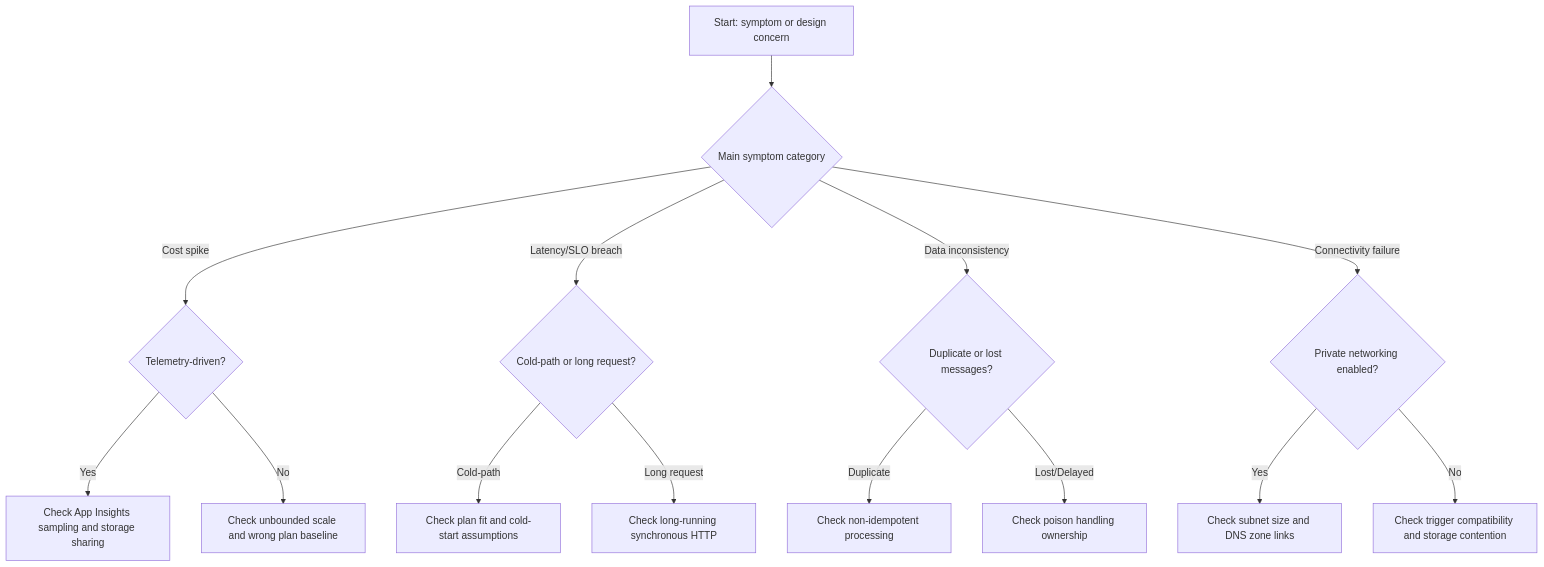
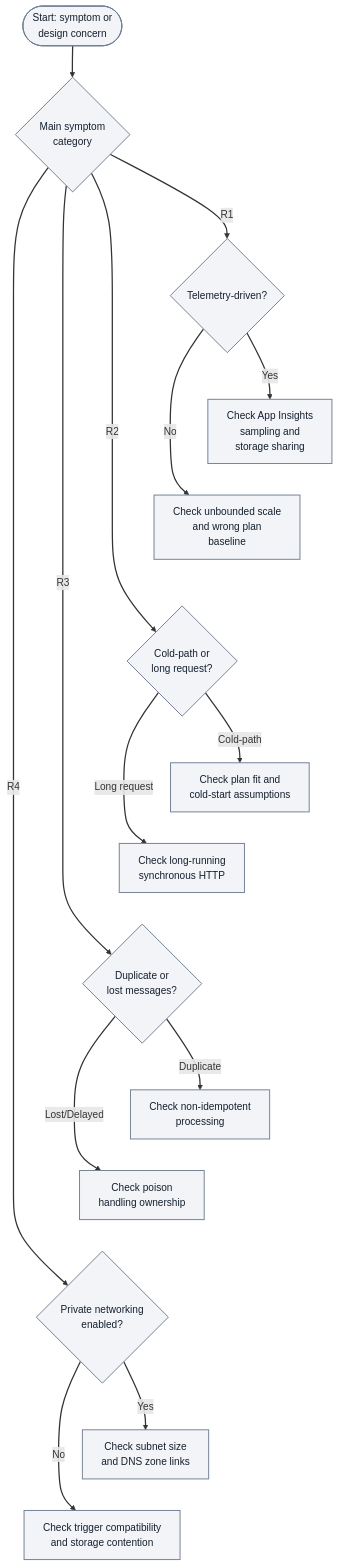
Before and after one commit to yeongseon/azure-functions-practical-guide: the second of 2 diagrams in docs/best-practices/common-anti-patterns.md, drawn with Mermaid. The commit also changed other lines of this file and 1 other file, not shown here.

Commit message:
docs(diagrams): migrate Functions best-practices common-anti-patterns.md diagrams — common anti patterns (#459)
docs(diagrams): improve common anti-pattern review flow

Preserve all review branches with a narrow layout and adjacent category key.
Keep the readable failure chain with accessible metadata and refresh only owned records.

Refs #282

````diff
--- a/docs/best-practices/common-anti-patterns.md
+++ b/docs/best-practices/common-anti-patterns.md
@@ -82,16 +84,30 @@
 ```mermaid
+%%{init: {'flowchart': {'nodeSpacing': 35}}}%%
 flowchart TD
-    A[Start: symptom or design concern] --> B{Main symptom category}
-    B -->|Cost spike| C{Telemetry-driven?}
-    C -->|Yes| C1[Check App Insights sampling and storage sharing]
-    C -->|No| C2[Check unbounded scale and wrong plan baseline]
-    B -->|"Latency/SLO breach"| D{Cold-path or long request?}
-    D -->|Cold-path| D1[Check plan fit and cold-start assumptions]
-    D -->|Long request| D2[Check long-running synchronous HTTP]
-    B -->|Data inconsistency| E{Duplicate or lost messages?}
-    E -->|Duplicate| E1[Check non-idempotent processing]
-    E -->|"Lost/Delayed"| E2[Check poison handling ownership]
-    B -->|Connectivity failure| F{Private networking enabled?}
-    F -->|Yes| F1[Check subnet size and DNS zone links]
-    F -->|No| F2[Check trigger compatibility and storage contention]
+    accTitle: Azure Functions anti-pattern review routing
+    accDescr: Suggested review checks, not confirmed causes or an exhaustive classifier. Cost spike branches on telemetry-driven: Yes checks App Insights sampling and storage sharing; No checks unbounded scale and wrong plan baseline. Latency or SLO breach branches to cold-path plan-fit and cold-start checks or long-running synchronous HTTP checks. Data inconsistency branches to duplicate non-idempotent processing checks or lost and delayed poison handling ownership checks. Connectivity failure branches on private networking: Yes checks subnet size and DNS zone links; No checks trigger compatibility and storage contention.
+    A(["Start: symptom or<br/>design concern"]) --> B{"Main symptom<br/>category"}
+    B -->|R1| C{"Telemetry-driven?"}
+    C -->|Yes| C1["Check App Insights<br/>sampling and<br/>storage sharing"]
+    C -->|No| C2["Check unbounded scale<br/>and wrong plan<br/>baseline"]
+    B -->|R2| D{"Cold-path or<br/>long request?"}
+    D -->|Cold-path| D1["Check plan fit and<br/>cold-start assumptions"]
+    D -->|Long request| D2["Check long-running<br/>synchronous HTTP"]
+    B -->|R3| E{"Duplicate or<br/>lost messages?"}
+    E -->|Duplicate| E1["Check non-idempotent<br/>processing"]
+    E -->|"Lost/Delayed"| E2["Check poison<br/>handling ownership"]
+    B -->|R4| F{"Private networking<br/>enabled?"}
+    F -->|Yes| F1["Check subnet size<br/>and DNS zone links"]
+    F -->|No| F2["Check trigger compatibility<br/>and storage contention"]
+    %% Layout-only links tier the review branches; they add no checks or semantic arrows.
+    C1 ~~~ C2
+    C2 ~~~ D
+    D1 ~~~ D2
+    D2 ~~~ E
+    E1 ~~~ E2
+    E2 ~~~ F
+    F1 ~~~ F2
+    classDef baseNeutral fill:#f2f4f8,stroke:#707e93,stroke-width:1.5px,color:#14202e;
+    class A,B,C,C1,C2,D,D1,D2,E,E1,E2,F,F1,F2 baseNeutral;
+    linkStyle default stroke-width:2px;
 ```
````
